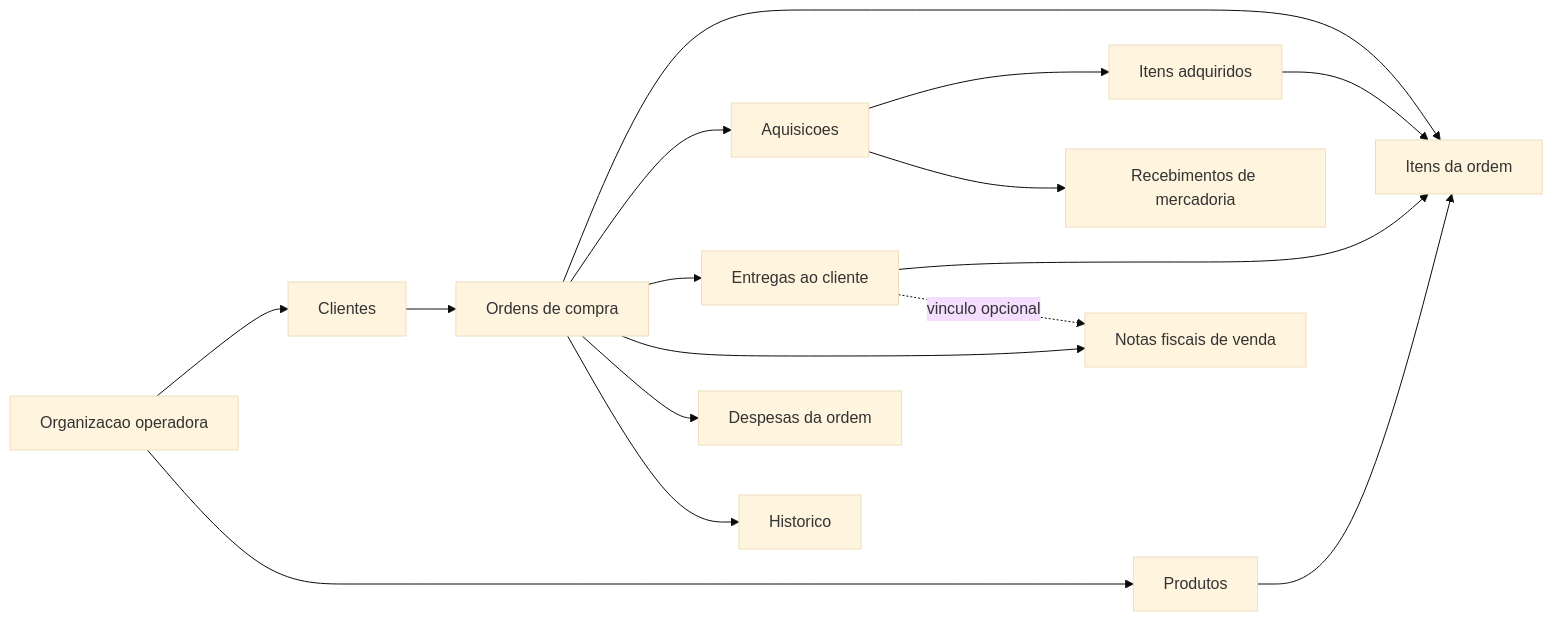
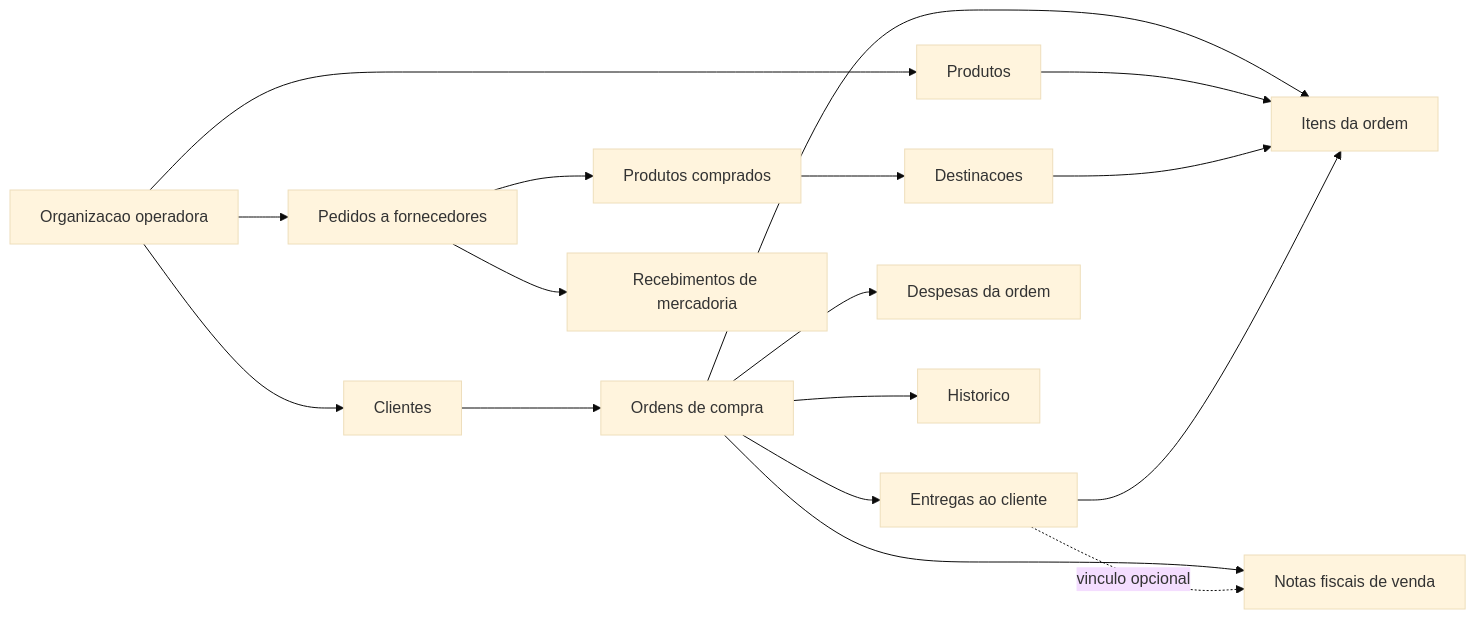
One commit to felipemarq/fincheck-api changed the diagram in docs/business-rules-v2.md. Above: the diagram before and after it, drawn with Mermaid (base theme). The commit also changed other lines of this file and 154 other files, not shown here.

````diff
--- a/docs/business-rules-v2.md
+++ b/docs/business-rules-v2.md
@@ -136,18 +137,19 @@
 ```mermaid
 flowchart LR
     O["Organizacao operadora"] --> C["Clientes"]
     O --> P["Produtos"]
     C --> OC["Ordens de compra"]
     OC --> I["Itens da ordem"]
     P --> I
-    OC --> A["Aquisicoes"]
-    A --> AI["Itens adquiridos"]
-    AI --> I
+    O --> A["Pedidos a fornecedores"]
+    A --> AI["Produtos comprados"]
+    AI --> AD["Destinacoes"]
+    AD --> I
     A --> R["Recebimentos de mercadoria"]
     OC --> E["Entregas ao cliente"]
     E --> I
     OC --> NF["Notas fiscais de venda"]
     E -. "vinculo opcional" .-> NF
     OC --> D["Despesas da ordem"]
     OC --> H["Historico"]
 ```
````
